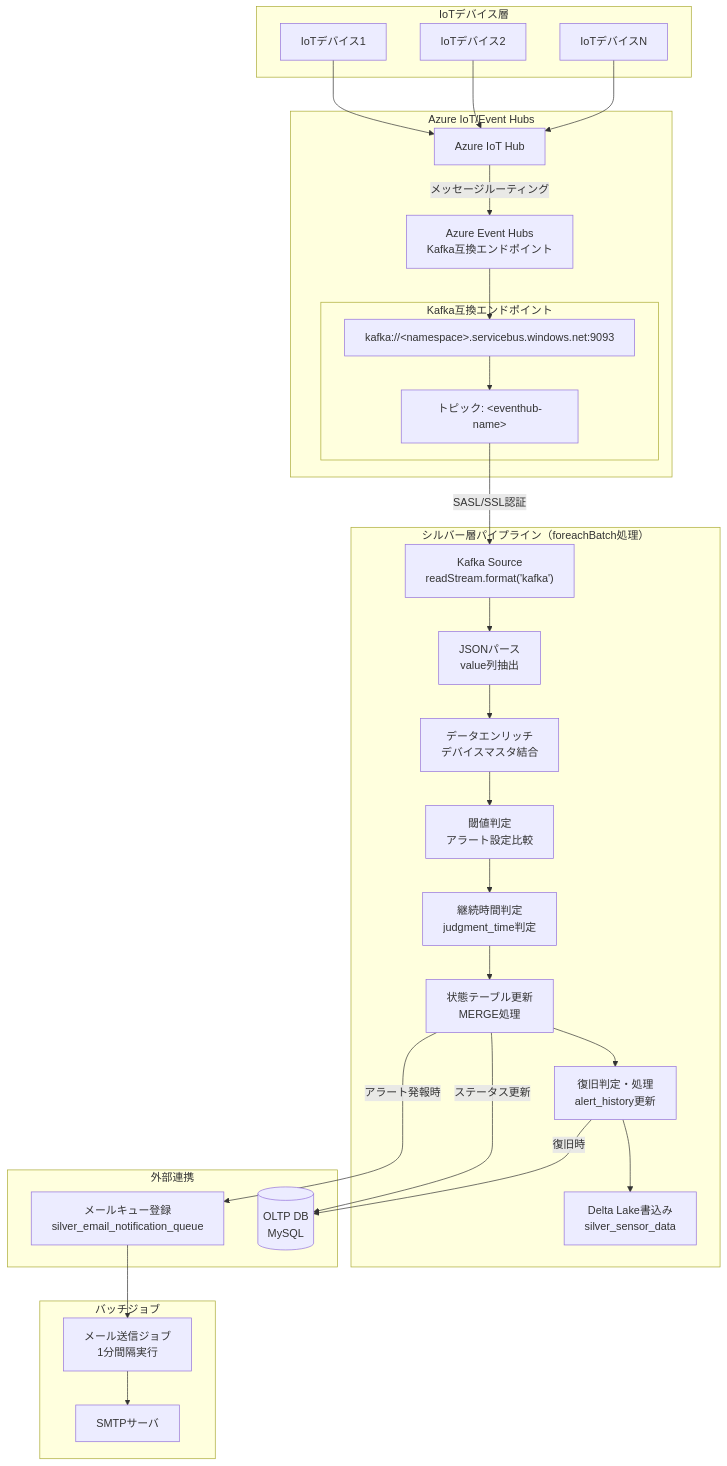
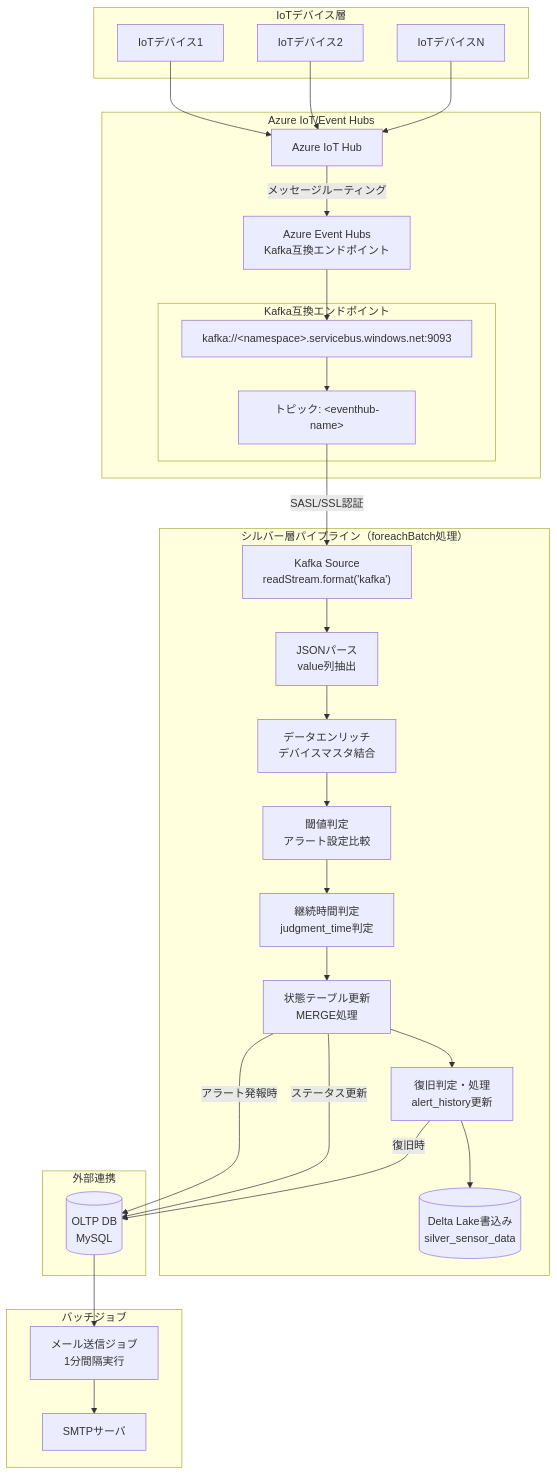
Before and after one commit to NSW-SVCP-AIWG002/Databricks-IoT: the first of 2 diagrams in docs/03-features/ldp-pipeline/silver-layer/README.md, drawn with Mermaid. The commit also changed other lines of this file and 2 other files, not shown here.

````diff
--- a/docs/03-features/ldp-pipeline/silver-layer/README.md
+++ b/docs/03-features/ldp-pipeline/silver-layer/README.md
@@ -130,57 +135,57 @@
 ```mermaid
 flowchart TB
     subgraph IoT["IoTデバイス層"]
         Device1[IoTデバイス1]
         Device2[IoTデバイス2]
         DeviceN[IoTデバイスN]
     end
 
     subgraph Azure["Azure IoT/Event Hubs"]
         IoTHub[Azure IoT Hub]
         EH[Azure Event Hubs<br>Kafka互換エンドポイント]
 
         subgraph Kafka["Kafka互換エンドポイント"]
             KafkaBroker["kafka://&lt;namespace&gt;.servicebus.windows.net:9093"]
             Topic["トピック: &lt;eventhub-name&gt;"]
         end
     end
 
     subgraph Pipeline["シルバー層パイプライン（foreachBatch処理）"]
         KafkaSource["Kafka Source<br>readStream.format('kafka')"]
         Parse[JSONパース<br>value列抽出]
         Enrich[データエンリッチ<br>デバイスマスタ結合]
         ThresholdCheck[閾値判定<br>アラート設定比較]
         StateCheck[継続時間判定<br>judgment_time判定]
         StateUpdate[状態テーブル更新<br>MERGE処理]
         Recovery[復旧判定・処理<br>alert_history更新]
-        Write[Delta Lake書込み<br>silver_sensor_data]
+        Write[(Delta Lake書込み<br>silver_sensor_data)]
 
         KafkaSource --> Parse
         Parse --> Enrich
         Enrich --> ThresholdCheck
         ThresholdCheck --> StateCheck
         StateCheck --> StateUpdate
         StateUpdate --> Recovery
         Recovery --> Write
     end
 
     subgraph External["外部連携"]
-        StateUpdate -->|アラート発報時| Queue[メールキュー登録<br>silver_email_notification_queue]
+        StateUpdate -->|アラート発報時| OLTP
         StateUpdate -->|ステータス更新| OLTP[(OLTP DB<br>MySQL)]
         Recovery -->|復旧時| OLTP
     end
 
     subgraph Batch["バッチジョブ"]
-        Queue --> EmailJob[メール送信ジョブ<br>1分間隔実行]
+        OLTP --> EmailJob[メール送信ジョブ<br>1分間隔実行]
         EmailJob --> SMTP[SMTPサーバ]
     end
 
     Device1 --> IoTHub
     Device2 --> IoTHub
     DeviceN --> IoTHub
 
     IoTHub -->|メッセージルーティング| EH
     EH --> KafkaBroker
     KafkaBroker --> Topic
     Topic -->|SASL/SSL認証| KafkaSource
 ```
````
